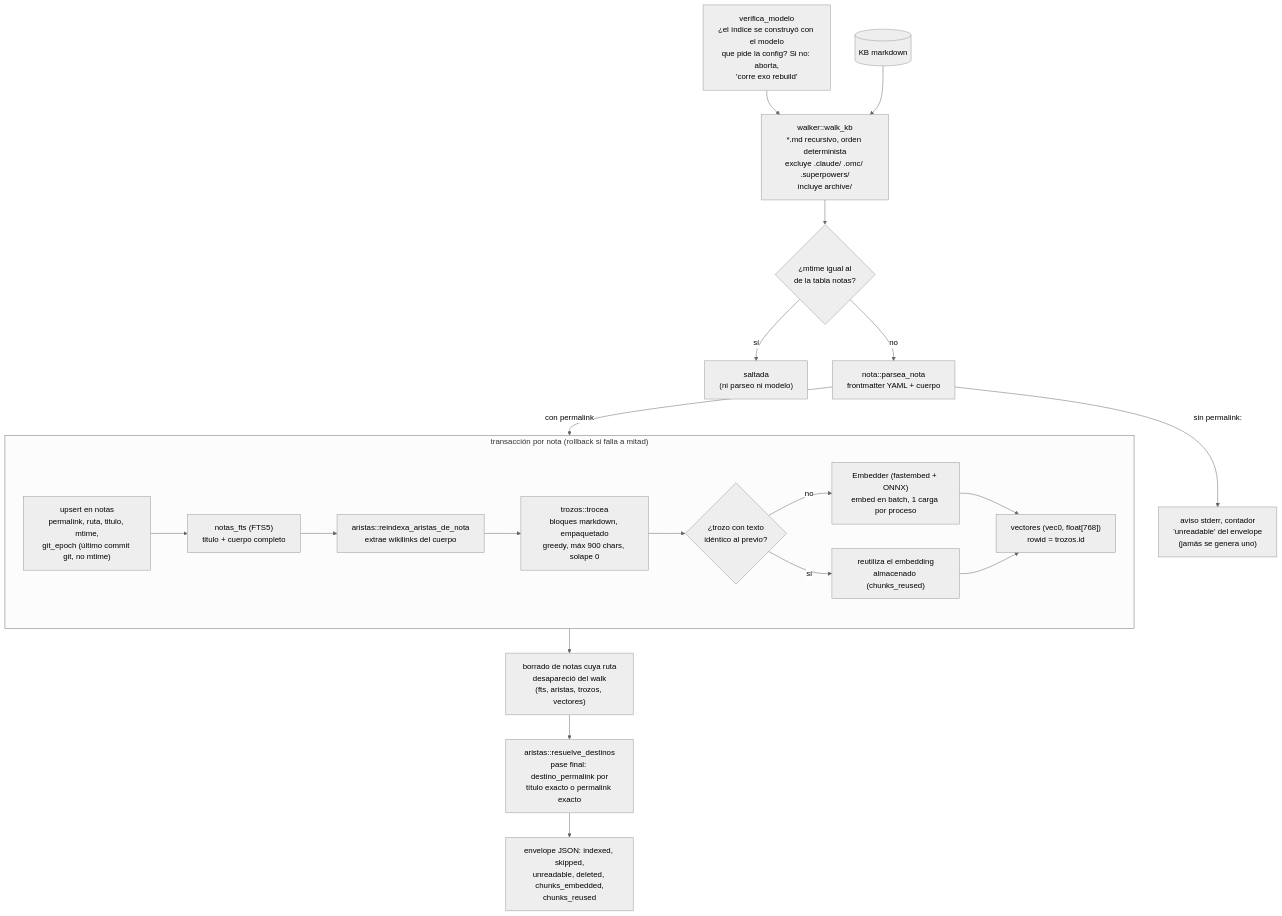
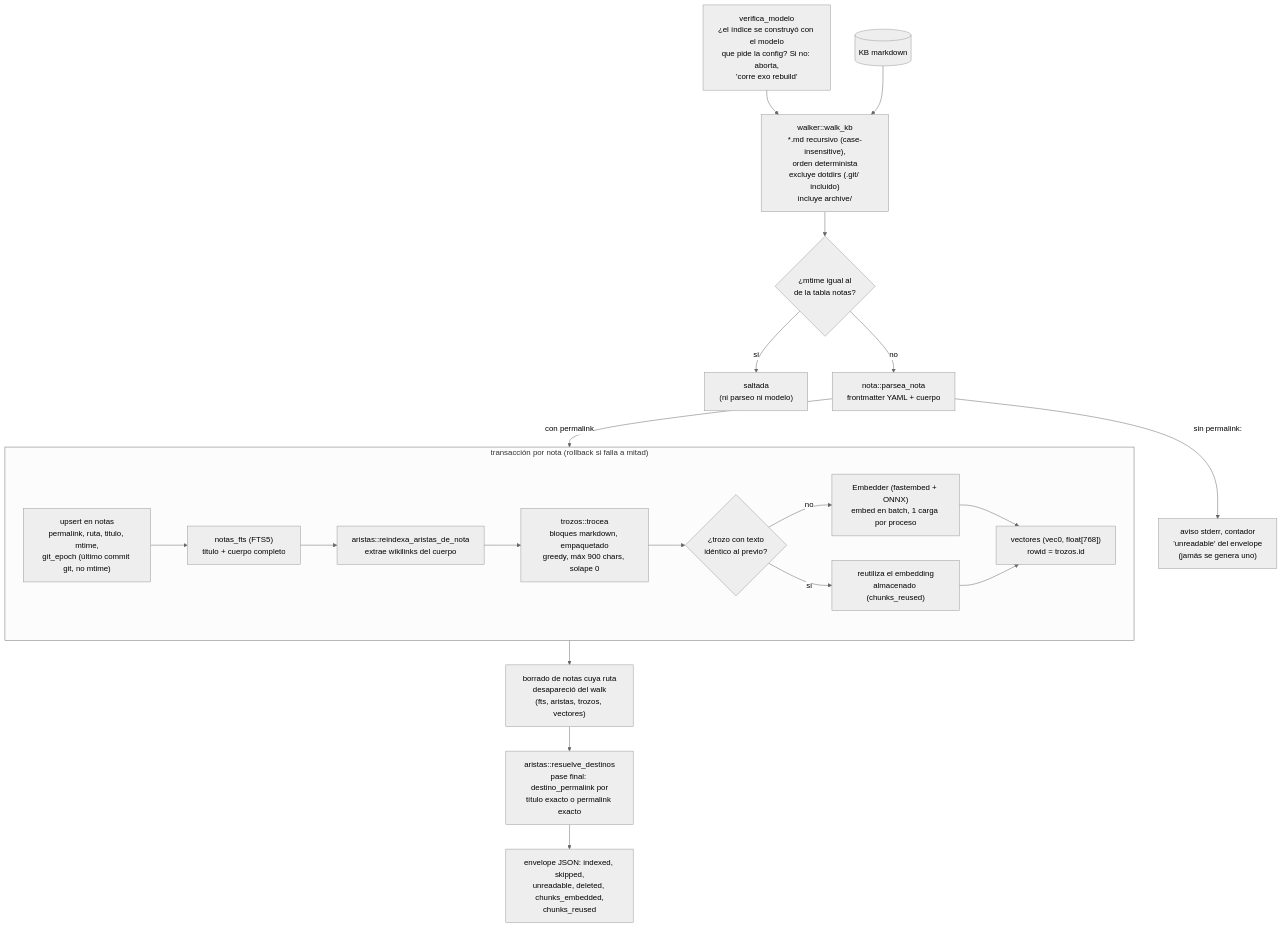
One commit to pguerrerolinares/exo changed the second of 4 diagrams in docs/arquitectura.md. Above: the diagram before and after it, drawn with Mermaid (neutral theme). The commit also changed other lines of this file and 3 other files, not shown here.

````diff
--- a/docs/arquitectura.md
+++ b/docs/arquitectura.md
@@ -103,26 +103,26 @@
 ```mermaid
 flowchart TD
     GUARD["verifica_modelo<br/>¿el índice se construyó con el modelo<br/>que pide la config? Si no: aborta,<br/>'corre exo rebuild'"] --> WALK
-    KB[("KB markdown")] --> WALK["walker::walk_kb<br/>*.md recursivo, orden determinista<br/>excluye .claude/ .omc/ .superpowers/<br/>incluye archive/"]
+    KB[("KB markdown")] --> WALK["walker::walk_kb<br/>*.md recursivo (case-insensitive),<br/>orden determinista<br/>excluye dotdirs (.git/ incluido)<br/>incluye archive/"]
     WALK --> MT{"¿mtime igual al<br/>de la tabla notas?"}
     MT -->|"sí"| SKIP["saltada<br/>(ni parseo ni modelo)"]
     MT -->|"no"| PARSE["nota::parsea_nota<br/>frontmatter YAML + cuerpo"]
     PARSE -->|"sin permalink:"| WARN["aviso stderr, contador<br/>'unreadable' del envelope<br/>(jamás se genera uno)"]
     PARSE -->|"con permalink"| TX
     subgraph TX["transacción por nota (rollback si falla a mitad)"]
         NOTAS["upsert en notas<br/>permalink, ruta, titulo, mtime,<br/>git_epoch (último commit git, no mtime)"]
         FTS["notas_fts (FTS5)<br/>titulo + cuerpo completo"]
         AR["aristas::reindexa_aristas_de_nota<br/>extrae wikilinks del cuerpo"]
         TR["trozos::trocea<br/>bloques markdown, empaquetado<br/>greedy, máx 900 chars, solape 0"]
         CACHE{"¿trozo con texto<br/>idéntico al previo?"}
         EMB["Embedder (fastembed + ONNX)<br/>embed en batch, 1 carga por proceso"]
         VEC["vectores (vec0, float[768])<br/>rowid = trozos.id"]
         NOTAS --> FTS --> AR --> TR --> CACHE
         CACHE -->|"sí"| REUSA["reutiliza el embedding<br/>almacenado (chunks_reused)"]
         CACHE -->|"no"| EMB --> VEC
         REUSA --> VEC
     end
     TX --> DEL["borrado de notas cuya ruta<br/>desapareció del walk<br/>(fts, aristas, trozos, vectores)"]
     DEL --> RES["aristas::resuelve_destinos<br/>pase final: destino_permalink por<br/>título exacto o permalink exacto"]
     RES --> ENV["envelope JSON: indexed, skipped,<br/>unreadable, deleted, chunks_embedded,<br/>chunks_reused"]
 ```
````
